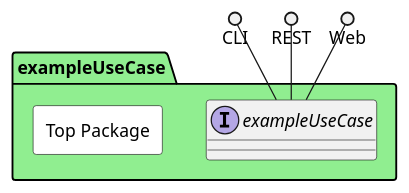
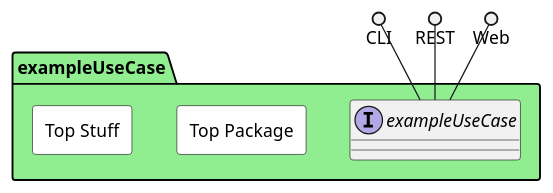
Before and after one commit to madajaju/ailtire: the diagram in exampleUseCase/docs/exampleusecase/SubPackage.puml, drawn with PlantUML. The commit also changed 24 other files, not shown here.

```diff
--- a/exampleUseCase/docs/exampleusecase/SubPackage.puml
+++ b/exampleUseCase/docs/exampleusecase/SubPackage.puml
@@ -1,26 +1,29 @@
 @startuml
 
 
 
 package "exampleUseCase" #lightgreen {
 
     interface "exampleUseCase" as i {
-
+    
     }
 }
 
 CLI ()-- i
 REST ()-- i
 Web ()-- i
 
 package "exampleUseCase" #lightgreen {
 
 
 rectangle "Top Package" #white {
 }
 
+rectangle "Top Stuff" #white {
+}
+
 }
 
 
 
 @enduml
```
